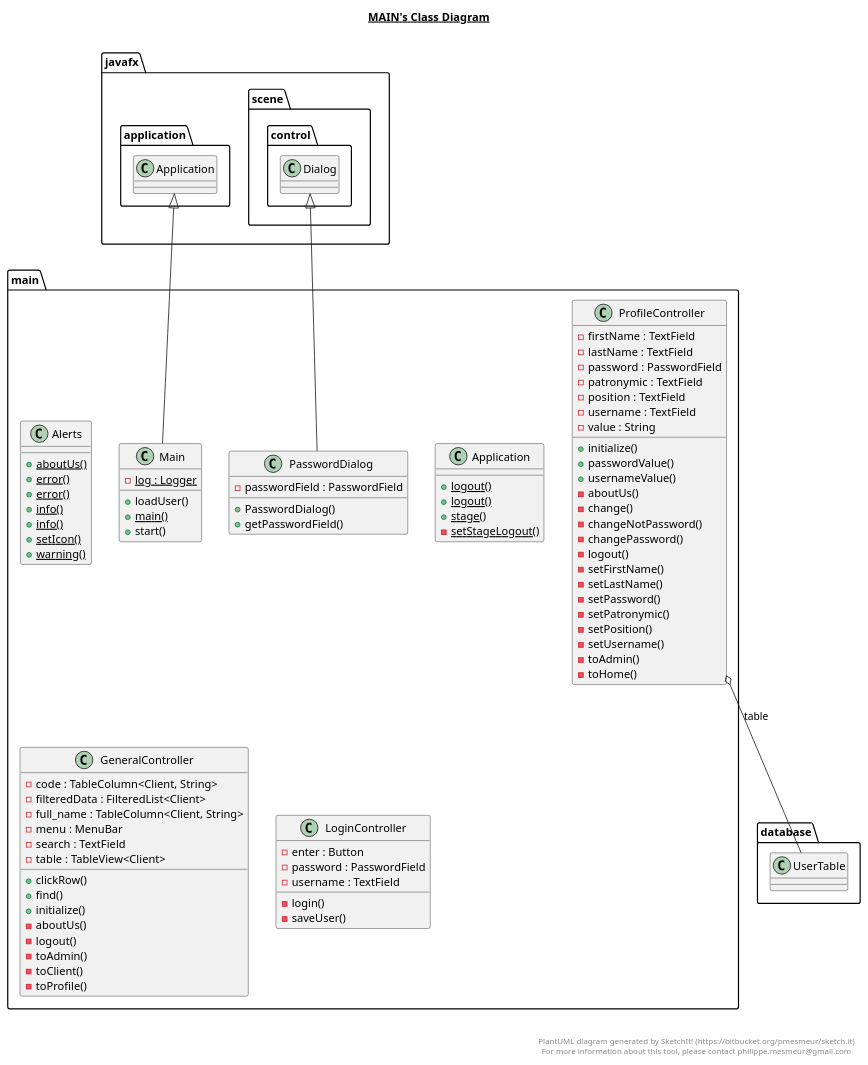
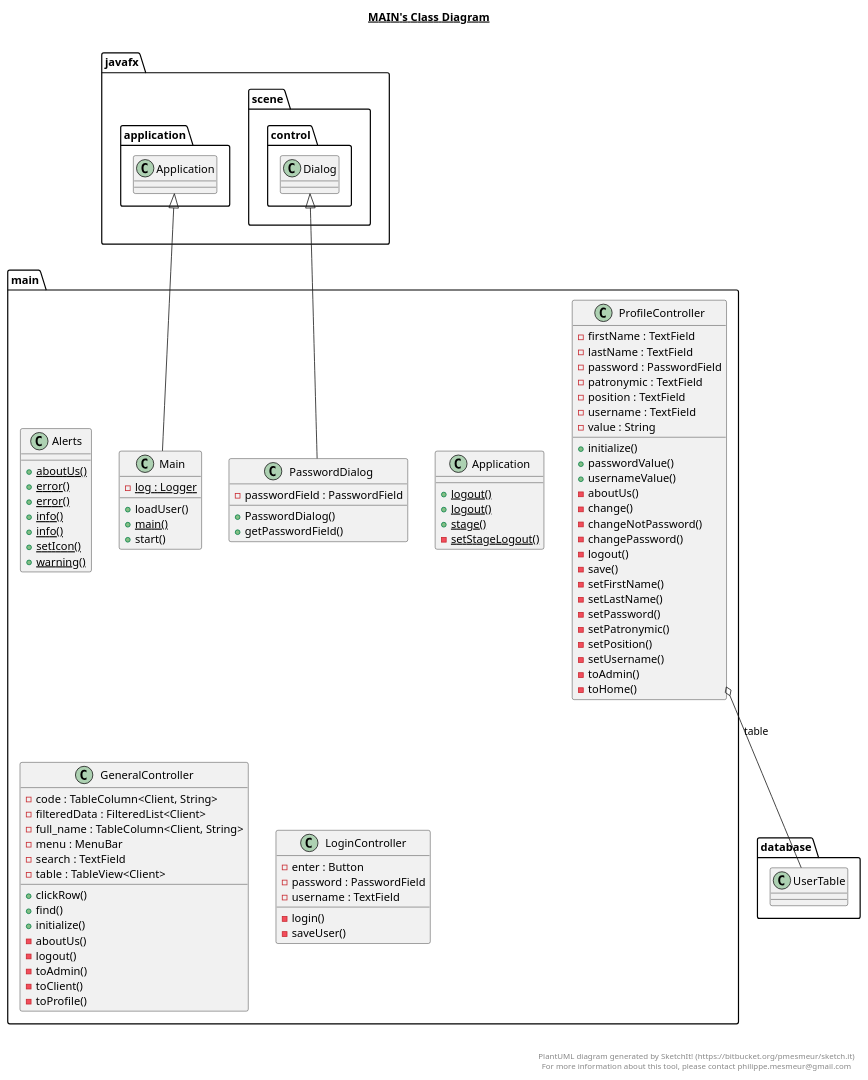
One commit to psychosis1/Work-Practice changed the diagram in src/main/main.plantuml. Above: the diagram before and after it, drawn with PlantUML. The commit also changed 1 other file, not shown here.

```diff
--- a/src/main/main.plantuml
+++ b/src/main/main.plantuml
@@ -1,119 +1,120 @@
 @startuml
 
 title __MAIN's Class Diagram__\n
 
   namespace main {
     class main.Alerts {
         {static} + aboutUs()
         {static} + error()
         {static} + error()
         {static} + info()
         {static} + info()
         {static} + setIcon()
         {static} + warning()
     }
   }
   
 
   namespace main {
     class main.Application {
         {static} + logout()
         {static} + logout()
         {static} + stage()
         {static} - setStageLogout()
     }
   }
   
 
   namespace main {
     class main.GeneralController {
         - code : TableColumn<Client, String>
         - filteredData : FilteredList<Client>
         - full_name : TableColumn<Client, String>
         - menu : MenuBar
         - search : TextField
         - table : TableView<Client>
         + clickRow()
         + find()
         + initialize()
         - aboutUs()
         - logout()
         - toAdmin()
         - toClient()
         - toProfile()
     }
   }
   
 
   namespace main {
     class main.LoginController {
         - enter : Button
         - password : PasswordField
         - username : TextField
         - login()
         - saveUser()
     }
   }
   
 
   namespace main {
     class main.Main {
         {static} - log : Logger
         + loadUser()
         {static} + main()
         + start()
     }
   }
   
 
   namespace main {
     class main.PasswordDialog {
         - passwordField : PasswordField
         + PasswordDialog()
         + getPasswordField()
     }
   }
   
 
   namespace main {
     class main.ProfileController {
         - firstName : TextField
         - lastName : TextField
         - password : PasswordField
         - patronymic : TextField
         - position : TextField
         - username : TextField
         - value : String
         + initialize()
         + passwordValue()
         + usernameValue()
         - aboutUs()
         - change()
         - changeNotPassword()
         - changePassword()
         - logout()
+        - save()
         - setFirstName()
         - setLastName()
         - setPassword()
         - setPatronymic()
         - setPosition()
         - setUsername()
         - toAdmin()
         - toHome()
     }
   }
   
 
   main.Main -up-|> javafx.application.Application
   main.PasswordDialog -up-|> javafx.scene.control.Dialog
   main.ProfileController o-- database.UserTable : table
 
 
 right footer
 
 
 PlantUML diagram generated by SketchIt! (https://bitbucket.org/pmesmeur/sketch.it)
 For more information about this tool, please contact philippe.mesmeur@gmail.com
 endfooter
 
 @enduml
```
